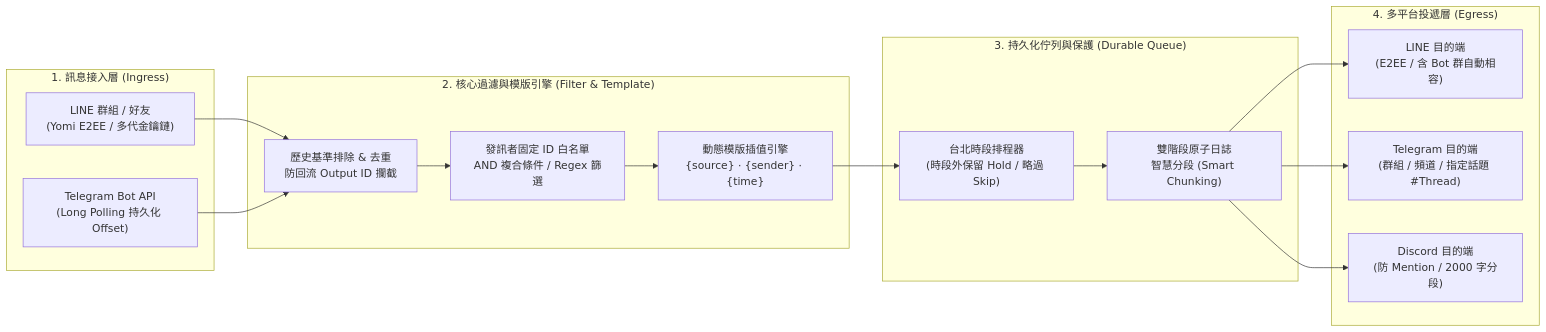
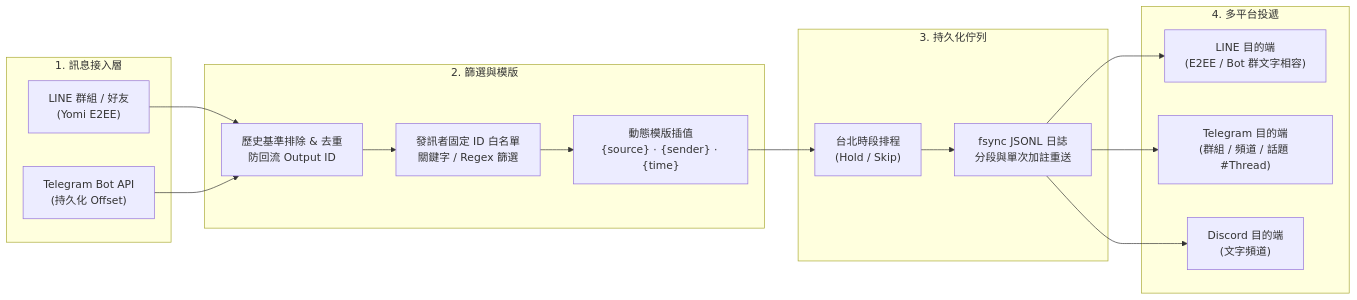
Before and after one commit to b40609/LinePort: the diagram in README.md, drawn with Mermaid. The commit also changed other lines of this file and 16 other files, not shown here.

````diff
--- a/README.md
+++ b/README.md
@@ -75,31 +69,31 @@
 ```mermaid
 flowchart LR
-    subgraph Ingress["1. 訊息接入層 (Ingress)"]
-        L["LINE 群組 / 好友<br>(Yomi E2EE / 多代金鑰鏈)"]
-        T["Telegram Bot API<br>(Long Polling 持久化 Offset)"]
+    subgraph Ingress["1. 訊息接入層"]
+        L["LINE 群組 / 好友<br>(Yomi E2EE)"]
+        T["Telegram Bot API<br>(持久化 Offset)"]
     end
 
-    subgraph Core["2. 核心過濾與模版引擎 (Filter & Template)"]
-        D["歷史基準排除 & 去重<br>防回流 Output ID 攔截"]
-        F["發訊者固定 ID 白名單<br>AND 複合條件 / Regex 篩選"]
-        M["動態模版插值引擎<br>{source} · {sender} · {time}"]
+    subgraph Core["2. 篩選與模版"]
+        D["歷史基準排除 & 去重<br>防回流 Output ID"]
+        F["發訊者固定 ID 白名單<br>關鍵字 / Regex 篩選"]
+        M["動態模版插值<br>{source} · {sender} · {time}"]
     end
 
-    subgraph Queue["3. 持久化佇列與保護 (Durable Queue)"]
-        S["台北時段排程器<br>(時段外保留 Hold / 略過 Skip)"]
-        J["雙階段原子日誌<br>智慧分段 (Smart Chunking)"]
+    subgraph Queue["3. 持久化佇列"]
+        S["台北時段排程<br>(Hold / Skip)"]
+        J["fsync JSONL 日誌<br>分段與單次加註重送"]
     end
 
-    subgraph Egress["4. 多平台投遞層 (Egress)"]
-        DL["LINE 目的端<br>(E2EE / 含 Bot 群自動相容)"]
-        DT["Telegram 目的端<br>(群組 / 頻道 / 指定話題 #Thread)"]
-        DD["Discord 目的端<br>(防 Mention / 2000 字分段)"]
+    subgraph Egress["4. 多平台投遞"]
+        DL["LINE 目的端<br>(E2EE / Bot 群文字相容)"]
+        DT["Telegram 目的端<br>(群組 / 頻道 / 話題 #Thread)"]
+        DD["Discord 目的端<br>(文字頻道)"]
     end
 
     L --> D
     T --> D
     D --> F --> M --> S --> J
     J --> DL
     J --> DT
     J --> DD
 ```
````
